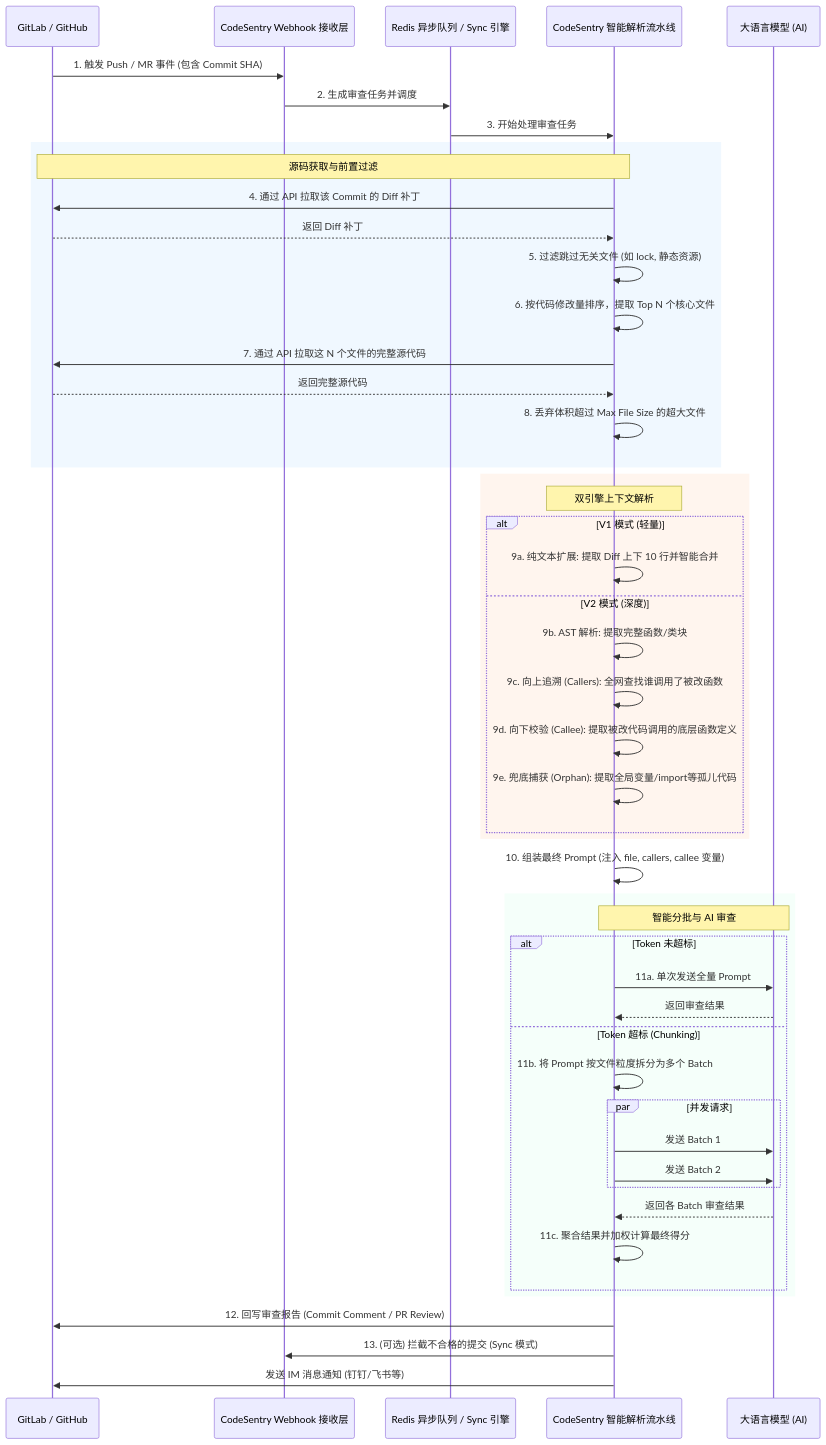
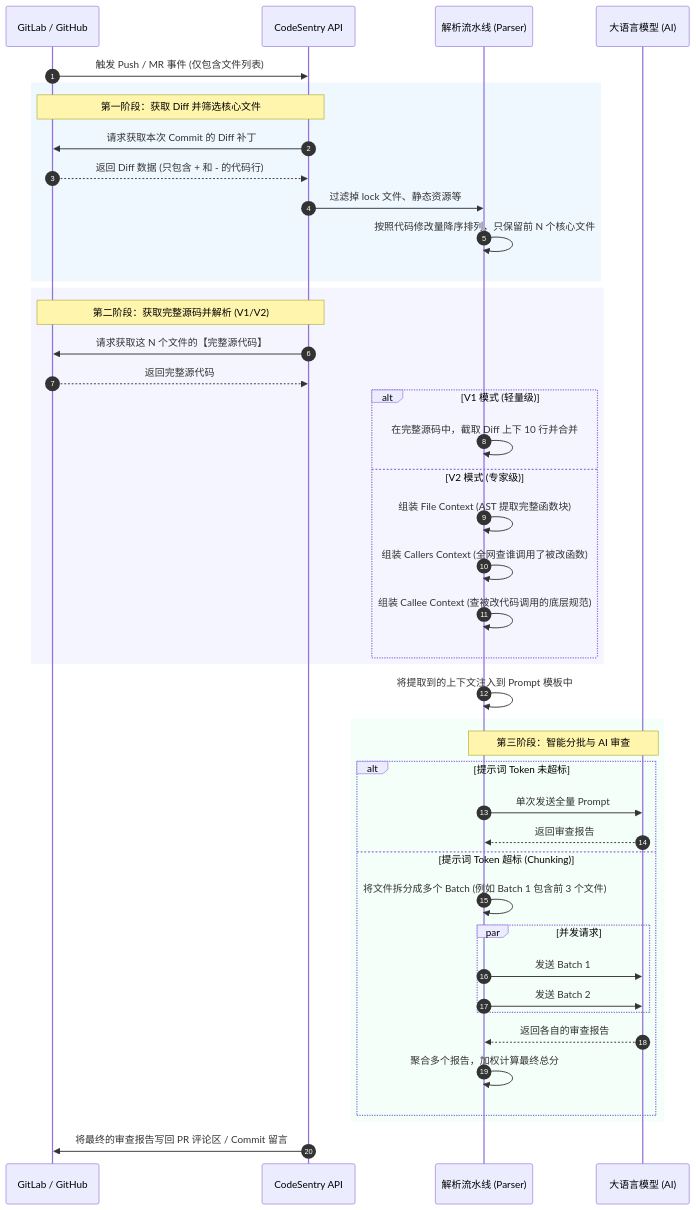
The diagram in README.md (Li71226006/code_review), drawn with Mermaid before and after one commit. The commit also changed other lines of this file, not shown here.

Commit message:
docs: simplify sequence diagram for better readability

````diff
--- a/README.md
+++ b/README.md
@@ -25,57 +28,52 @@
 ```mermaid
 sequenceDiagram
+    autonumber
     participant Git as GitLab / GitHub
-    participant Webhook as CodeSentry Webhook 接收层
-    participant Queue as Redis 异步队列 / Sync 引擎
-    participant Parser as CodeSentry 智能解析流水线
+    participant Webhook as CodeSentry API
+    participant Parser as 解析流水线 (Parser)
     participant LLM as 大语言模型 (AI)
 
-    Git->>Webhook: 1. 触发 Push / MR 事件 (包含 Commit SHA)
-    Webhook->>Queue: 2. 生成审查任务并调度
-    Queue->>Parser: 3. 开始处理审查任务
+    Git->>Webhook: 触发 Push / MR 事件 (仅包含文件列表)
     
     rect rgb(240, 248, 255)
-        Note over Parser, Git: 源码获取与前置过滤
-        Parser->>Git: 4. 通过 API 拉取该 Commit 的 Diff 补丁
-        Git-->>Parser: 返回 Diff 补丁
-        Parser->>Parser: 5. 过滤跳过无关文件 (如 lock, 静态资源)
-        Parser->>Parser: 6. 按代码修改量排序，提取 Top N 个核心文件
-        Parser->>Git: 7. 通过 API 拉取这 N 个文件的完整源代码
-        Git-->>Parser: 返回完整源代码
-        Parser->>Parser: 8. 丢弃体积超过 Max File Size 的超大文件
+        Note over Webhook, Git: 第一阶段：获取 Diff 并筛选核心文件
+        Webhook->>Git: 请求获取本次 Commit 的 Diff 补丁
+        Git-->>Webhook: 返回 Diff 数据 (只包含 + 和 - 的代码行)
+        Webhook->>Parser: 过滤掉 lock 文件、静态资源等
+        Parser->>Parser: 按照代码修改量降序排列，只保留前 N 个核心文件
     end
 
-    rect rgb(255, 245, 238)
-        Note over Parser: 双引擎上下文解析
-        alt V1 模式 (轻量)
-            Parser->>Parser: 9a. 纯文本扩展: 提取 Diff 上下 10 行并智能合并
-        else V2 模式 (深度)
-            Parser->>Parser: 9b. AST 解析: 提取完整函数/类块
-            Parser->>Parser: 9c. 向上追溯 (Callers): 全网查找谁调用了被改函数
-            Parser->>Parser: 9d. 向下校验 (Callee): 提取被改代码调用的底层函数定义
-            Parser->>Parser: 9e. 兜底捕获 (Orphan): 提取全局变量/import等孤儿代码
+    rect rgb(245, 245, 255)
+        Note over Webhook, Git: 第二阶段：获取完整源码并解析 (V1/V2)
+        Webhook->>Git: 请求获取这 N 个文件的【完整源代码】
+        Git-->>Webhook: 返回完整源代码
+        
+        alt V1 模式 (轻量级)
+            Parser->>Parser: 在完整源码中，截取 Diff 上下 10 行并合并
+        else V2 模式 (专家级)
+            Parser->>Parser: 组装 File Context (AST 提取完整函数块)
+            Parser->>Parser: 组装 Callers Context (全网查谁调用了被改函数)
+            Parser->>Parser: 组装 Callee Context (查被改代码调用的底层规范)
         end
     end
 
-    Parser->>Parser: 10. 组装最终 Prompt (注入 file, callers, callee 变量)
+    Parser->>Parser: 将提取到的上下文注入到 Prompt 模板中
 
     rect rgb(245, 255, 250)
-        Note over Parser, LLM: 智能分批与 AI 审查
-        alt Token 未超标
-            Parser->>LLM: 11a. 单次发送全量 Prompt
-            LLM-->>Parser: 返回审查结果
-        else Token 超标 (Chunking)
-            Parser->>Parser: 11b. 将 Prompt 按文件粒度拆分为多个 Batch
+        Note over Parser, LLM: 第三阶段：智能分批与 AI 审查
+        alt 提示词 Token 未超标
+            Parser->>LLM: 单次发送全量 Prompt
+            LLM-->>Parser: 返回审查报告
+        else 提示词 Token 超标 (Chunking)
+            Parser->>Parser: 将文件拆分成多个 Batch (例如 Batch 1 包含前 3 个文件)
             par 并发请求
                 Parser->>LLM: 发送 Batch 1
                 Parser->>LLM: 发送 Batch 2
             end
-            LLM-->>Parser: 返回各 Batch 审查结果
-            Parser->>Parser: 11c. 聚合结果并加权计算最终得分
+            LLM-->>Parser: 返回各自的审查报告
+            Parser->>Parser: 聚合多个报告，加权计算最终总分
         end
     end
 
-    Parser->>Git: 12. 回写审查报告 (Commit Comment / PR Review)
-    Parser->>Webhook: 13. (可选) 拦截不合格的提交 (Sync 模式)
-    Parser->>Git: 发送 IM 消息通知 (钉钉/飞书等)
+    Webhook->>Git: 将最终的审查报告写回 PR 评论区 / Commit 留言
 ```
````
